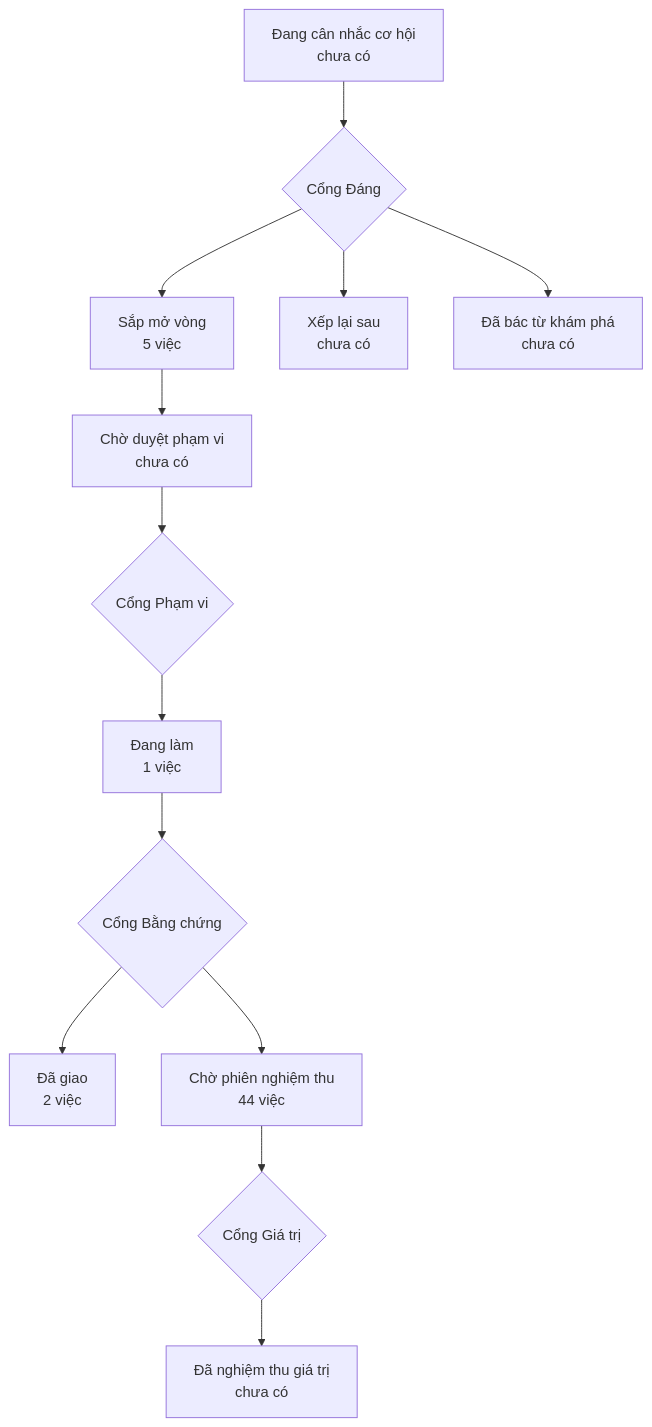
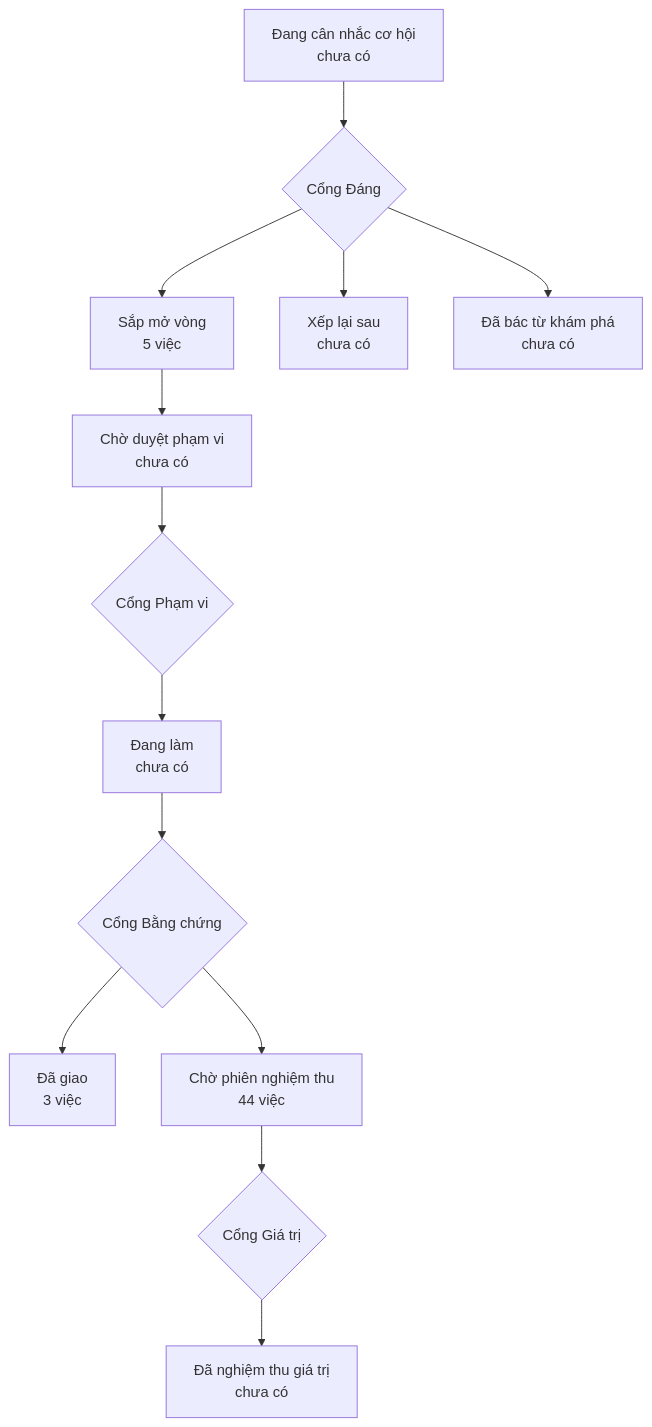
One commit to phanlemanh/onehub-inventory changed the diagram in PRODUCT-MAP.md. Above: the diagram before and after it, drawn with Mermaid. The commit also changed other lines of this file and 4 other files, not shown here.

````diff
--- a/PRODUCT-MAP.md
+++ b/PRODUCT-MAP.md
@@ -7,12 +7,12 @@
 ```mermaid
 flowchart TD
   A["Đang cân nhắc cơ hội<br/>chưa có"] --> GD{"Cổng Đáng"}
   GD --> B["Sắp mở vòng<br/>5 việc"]
   GD --> XL["Xếp lại sau<br/>chưa có"]
   GD --> DB["Đã bác từ khám phá<br/>chưa có"]
   B --> CD["Chờ duyệt phạm vi<br/>chưa có"] --> GP{"Cổng Phạm vi"}
-  GP --> DL["Đang làm<br/>1 việc"] --> GB{"Cổng Bằng chứng"}
-  GB --> DG["Đã giao<br/>2 việc"]
+  GP --> DL["Đang làm<br/>chưa có"] --> GB{"Cổng Bằng chứng"}
+  GB --> DG["Đã giao<br/>3 việc"]
   GB --> CN["Chờ phiên nghiệm thu<br/>44 việc"] --> GG{"Cổng Giá trị"}
   GG --> NT["Đã nghiệm thu giá trị<br/>chưa có"]
 ```
````
